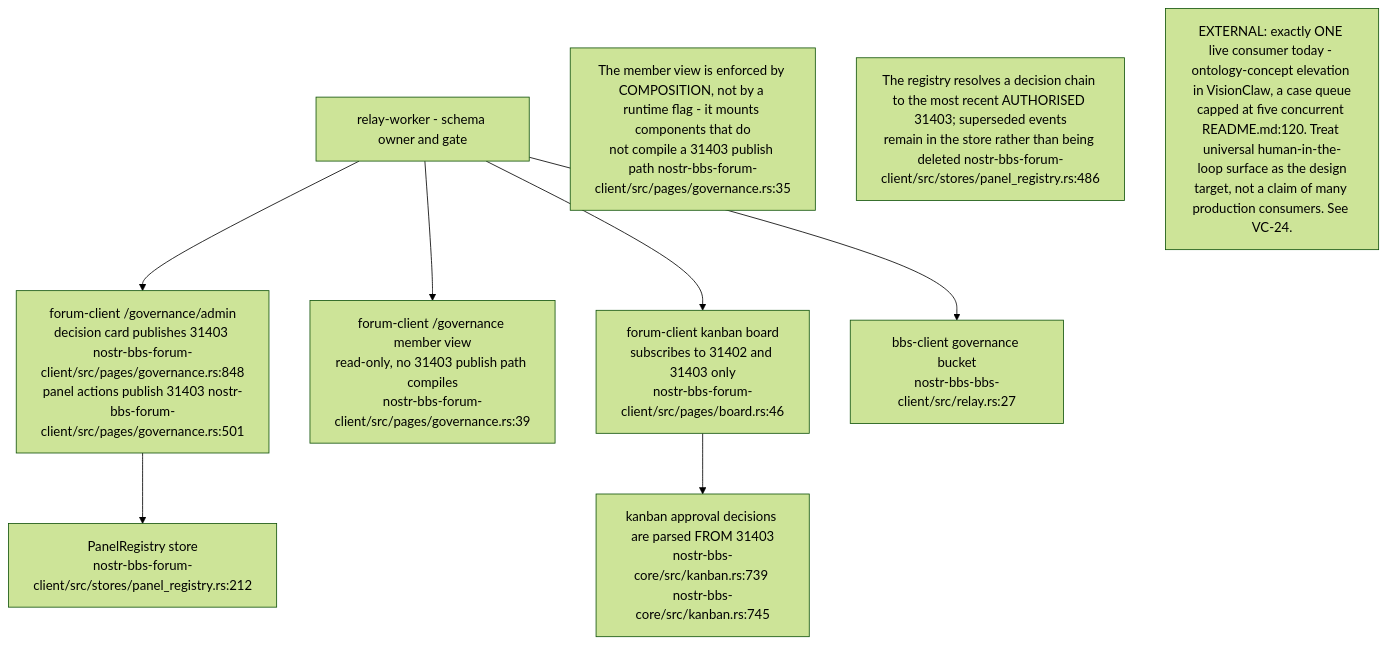
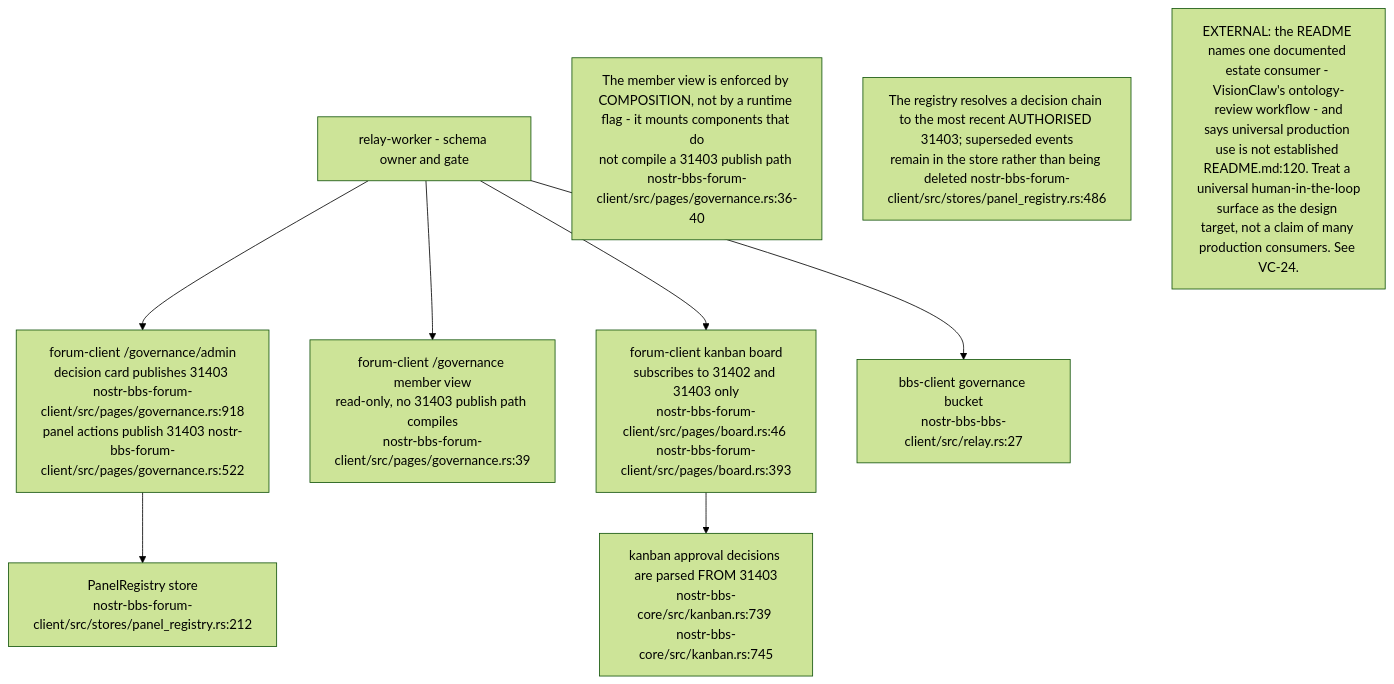
One commit to DreamLab-AI/VisionFlow changed the eighth of 17 diagrams in docs/diagrams/nostr-rust-forum/06-agent-control-surface-31400-31405.md. Above: the diagram before and after it, drawn with Mermaid (forest theme). The commit also changed other lines of this file and 91 other files, not shown here.

First line of the commit message:
docs(audit): estate audit wave 2, every repository except agentbox and VisionClaw

````diff
--- a/docs/diagrams/nostr-rust-forum/06-agent-control-surface-31400-31405.md
+++ b/docs/diagrams/nostr-rust-forum/06-agent-control-surface-31400-31405.md
@@ -255,18 +257,18 @@
 ```mermaid
 flowchart TB
     RELAY["relay-worker - schema owner and gate"]
-    FCADMIN["forum-client /governance/admin<br/>decision card publishes 31403 nostr-bbs-forum-client/src/pages/governance.rs:848<br/>panel actions publish 31403 nostr-bbs-forum-client/src/pages/governance.rs:501"]
+    FCADMIN["forum-client /governance/admin<br/>decision card publishes 31403 nostr-bbs-forum-client/src/pages/governance.rs:918<br/>panel actions publish 31403 nostr-bbs-forum-client/src/pages/governance.rs:522"]
     FCMEM["forum-client /governance member view<br/>read-only, no 31403 publish path compiles<br/>nostr-bbs-forum-client/src/pages/governance.rs:39"]
-    BOARD["forum-client kanban board<br/>subscribes to 31402 and 31403 only<br/>nostr-bbs-forum-client/src/pages/board.rs:46"]
+    BOARD["forum-client kanban board<br/>subscribes to 31402 and 31403 only<br/>nostr-bbs-forum-client/src/pages/board.rs:46 nostr-bbs-forum-client/src/pages/board.rs:393"]
     REG["PanelRegistry store<br/>nostr-bbs-forum-client/src/stores/panel_registry.rs:212"]
     BBS["bbs-client governance bucket<br/>nostr-bbs-bbs-client/src/relay.rs:27"]
     KAN["kanban approval decisions are parsed FROM 31403<br/>nostr-bbs-core/src/kanban.rs:739 nostr-bbs-core/src/kanban.rs:745"]
 
     RELAY --> FCADMIN & FCMEM & BOARD & BBS
     FCADMIN --> REG
     BOARD --> KAN
 
-    N1["The member view is enforced by COMPOSITION, not by a runtime flag - it mounts components that do<br/>not compile a 31403 publish path nostr-bbs-forum-client/src/pages/governance.rs:35"]
+    N1["The member view is enforced by COMPOSITION, not by a runtime flag - it mounts components that do<br/>not compile a 31403 publish path nostr-bbs-forum-client/src/pages/governance.rs:36-40"]
     N2["The registry resolves a decision chain to the most recent AUTHORISED 31403; superseded events<br/>remain in the store rather than being deleted nostr-bbs-forum-client/src/stores/panel_registry.rs:486"]
-    N3["EXTERNAL: exactly ONE live consumer today - ontology-concept elevation in VisionClaw, a case queue<br/>capped at five concurrent README.md:120. Treat universal human-in-the-loop surface as the design<br/>target, not a claim of many production consumers. See VC-24."]
+    N3["EXTERNAL: the README names one documented estate consumer - VisionClaw's ontology-review workflow - and<br/>says universal production use is not established README.md:120. Treat a universal human-in-the-loop<br/>surface as the design target, not a claim of many production consumers. See VC-24."]
 ```
````
